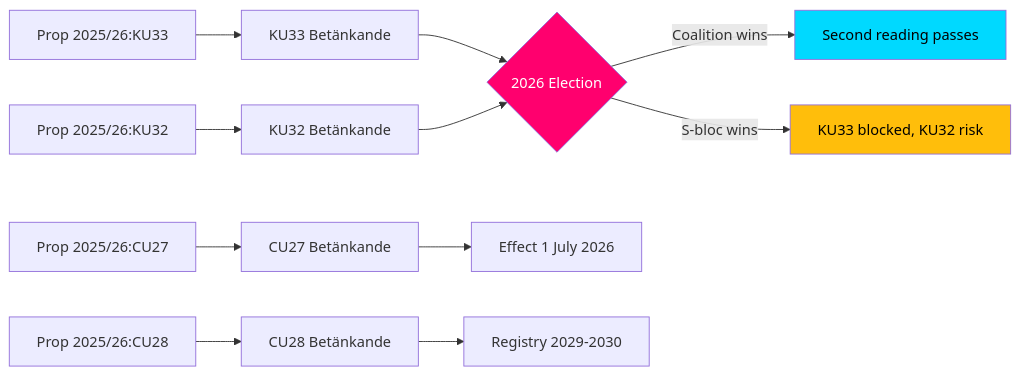
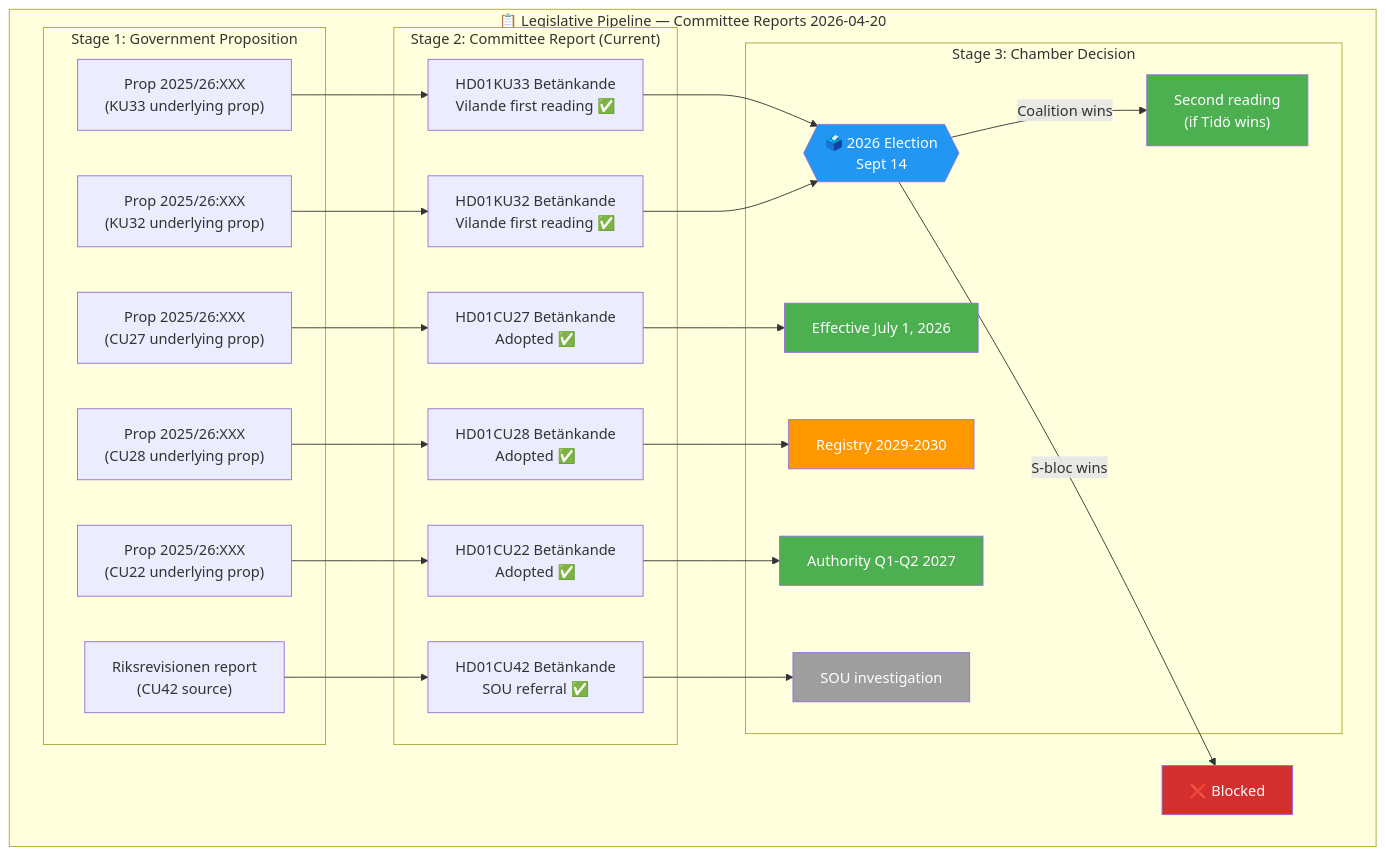
Before and after one commit to Hack23/riksdagsmonitor: the third of 3 diagrams in analysis/daily/2026-04-20/committeeReports/cross-reference-map.md, drawn with Mermaid. The commit also changed other lines of this file and 14 other files, not shown here.

````diff
--- a/analysis/daily/2026-04-20/committeeReports/cross-reference-map.md
+++ b/analysis/daily/2026-04-20/committeeReports/cross-reference-map.md
@@ -25,18 +100,56 @@
 ```mermaid
-graph LR
-    P1[Prop 2025/26:KU33] --> B1[KU33 Betänkande]
-    P2[Prop 2025/26:KU32] --> B2[KU32 Betänkande]
-    B1 --> V1{2026 Election}
-    B2 --> V1
-    V1 -->|Coalition wins| R1[Second reading passes]
-    V1 -->|S-bloc wins| R2[KU33 blocked, KU32 risk]
-    
-    P3[Prop 2025/26:CU27] --> B3[CU27 Betänkande]
-    P4[Prop 2025/26:CU28] --> B4[CU28 Betänkande]
-    B3 --> E1[Effect 1 July 2026]
-    B4 --> E2[Registry 2029-2030]
-    
-    style V1 fill:#ff006e,color:#fff
-    style R1 fill:#00d9ff,color:#000
-    style R2 fill:#ffbe0b,color:#000
+graph TB
+    subgraph "📋 Legislative Pipeline — Committee Reports 2026-04-20"
+        subgraph "Stage 1: Government Proposition"
+            P1["Prop 2025/26:XXX<br/>(KU33 underlying prop)"]
+            P2["Prop 2025/26:XXX<br/>(KU32 underlying prop)"]
+            P3["Prop 2025/26:XXX<br/>(CU27 underlying prop)"]
+            P4["Prop 2025/26:XXX<br/>(CU28 underlying prop)"]
+            P5["Prop 2025/26:XXX<br/>(CU22 underlying prop)"]
+            P6["Riksrevisionen report<br/>(CU42 source)"]
+        end
+        
+        subgraph "Stage 2: Committee Report (Current)"
+            B1["HD01KU33 Betänkande<br/>Vilande first reading ✅"]
+            B2["HD01KU32 Betänkande<br/>Vilande first reading ✅"]
+            B3["HD01CU27 Betänkande<br/>Adopted ✅"]
+            B4["HD01CU28 Betänkande<br/>Adopted ✅"]
+            B5["HD01CU22 Betänkande<br/>Adopted ✅"]
+            B6["HD01CU42 Betänkande<br/>SOU referral ✅"]
+        end
+        
+        subgraph "Stage 3: Chamber Decision"
+            V1{{"🗳️ 2026 Election<br/>Sept 14"}}
+            V2["Second reading<br/>(if Tidö wins)"]
+            E1["Effective July 1, 2026"]
+            E2["Registry 2029-2030"]
+            E3["Authority Q1-Q2 2027"]
+            S1["SOU investigation"]
+        end
+        
+        P1 --> B1
+        P2 --> B2
+        P3 --> B3
+        P4 --> B4
+        P5 --> B5
+        P6 --> B6
+        
+        B1 --> V1
+        B2 --> V1
+        V1 -->|"Coalition wins"| V2
+        V1 -->|"S-bloc wins"| X["❌ Blocked"]
+        
+        B3 --> E1
+        B4 --> E2
+        B5 --> E3
+        B6 --> S1
+    end
+
+    style V1 fill:#2196F3,color:#FFFFFF
+    style V2 fill:#4CAF50,color:#FFFFFF
+    style X fill:#D32F2F,color:#FFFFFF
+    style E1 fill:#4CAF50,color:#FFFFFF
+    style E2 fill:#FF9800,color:#FFFFFF
+    style E3 fill:#4CAF50,color:#FFFFFF
+    style S1 fill:#9E9E9E,color:#FFFFFF
 ```
````
